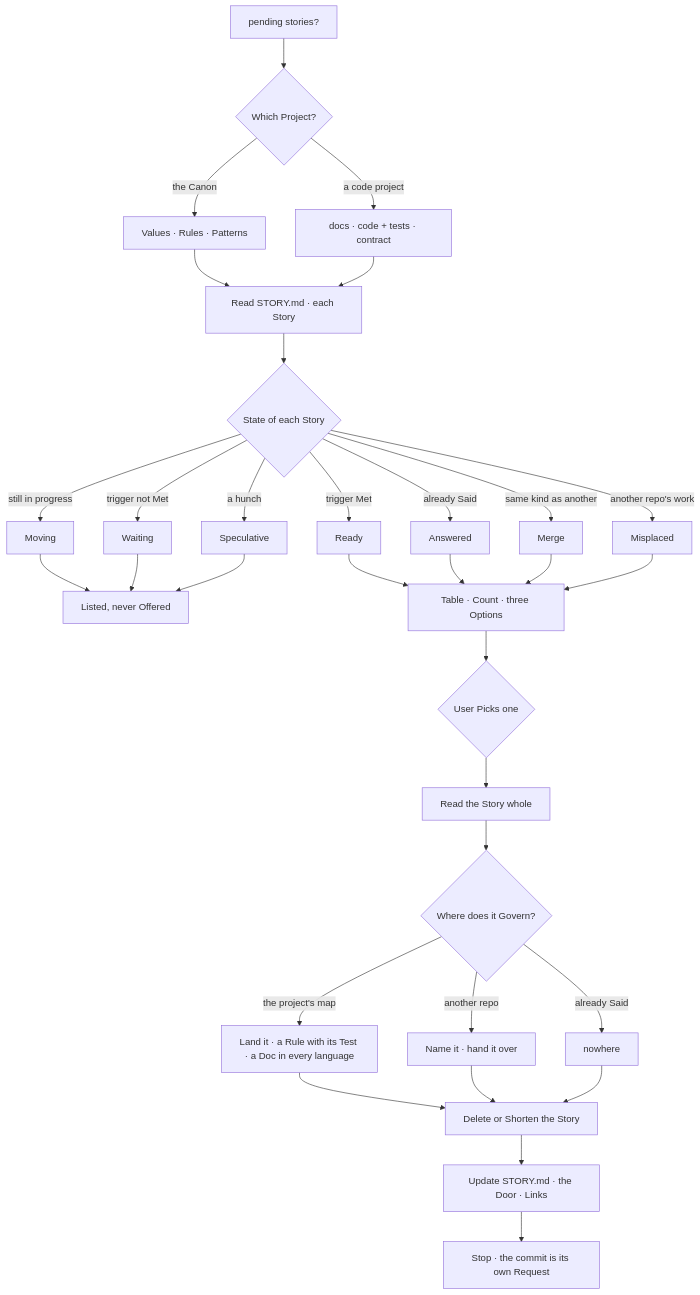
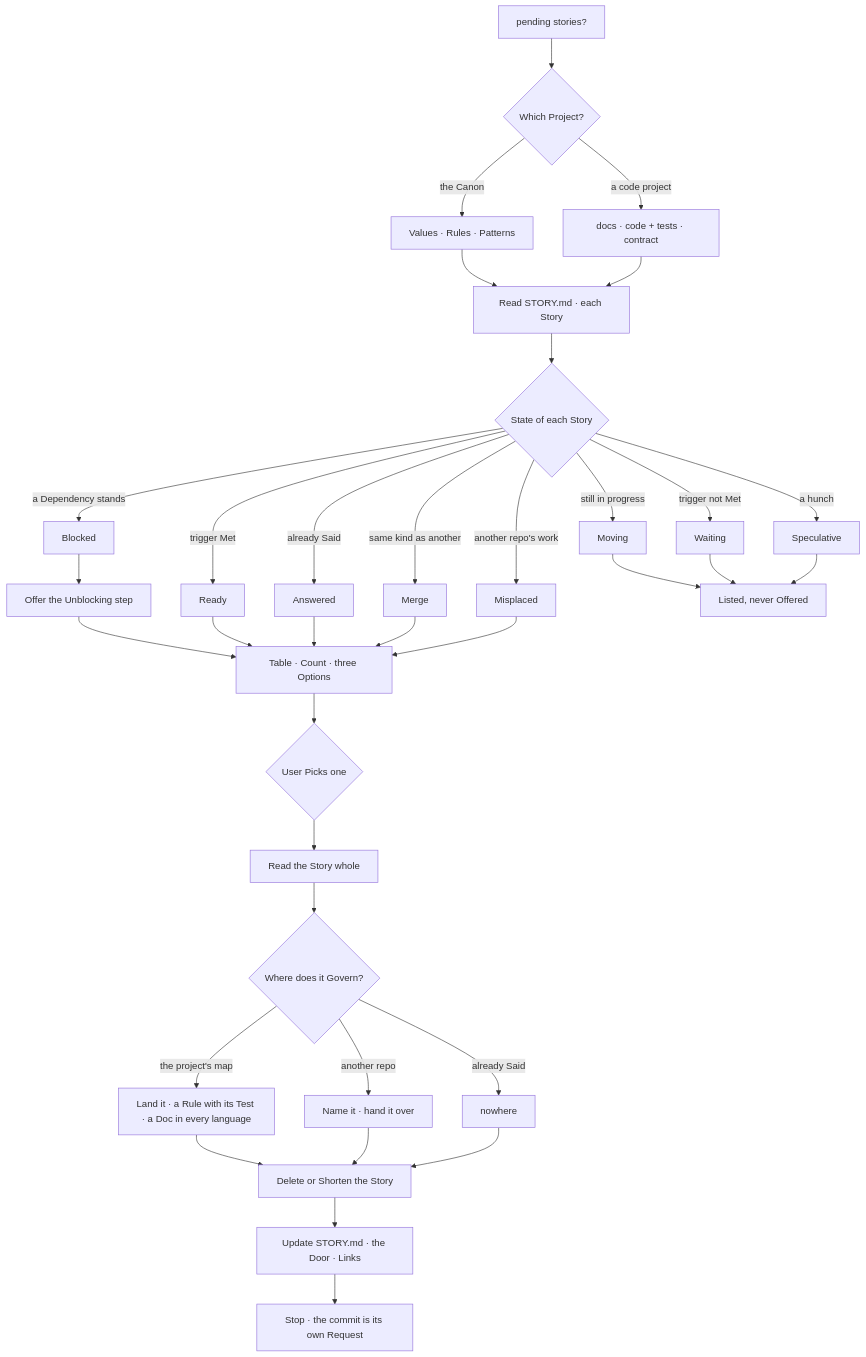
The diagram in .agents/skills/one-two-stories/distillation-flow.md (cangrejometralleta/OneTwoThree), drawn with Mermaid before and after one commit. The commit also changed other lines of this file and 2 other files, not shown here.

Commit message:
Add the Blocked state to one-two-stories

````diff
--- a/.agents/skills/one-two-stories/distillation-flow.md
+++ b/.agents/skills/one-two-stories/distillation-flow.md
@@ -8,41 +8,44 @@
 ```mermaid
 flowchart TD
     ASK["pending stories?"] --> KIND{"Which Project?"}
     KIND -- "the Canon" --> CANONMAP["Values · Rules · Patterns"]
     KIND -- "a code project" --> CODEMAP["docs · code + tests · contract"]
     CANONMAP --> SURVEY["Read STORY.md · each Story"]
     CODEMAP --> SURVEY
     SURVEY --> STATE{"State of each Story"}
 
     STATE -- "trigger Met" --> READY["Ready"]
     STATE -- "already Said" --> ANSWERED["Answered"]
     STATE -- "same kind as another" --> MERGE["Merge"]
     STATE -- "another repo's work" --> MISPLACED["Misplaced"]
     STATE -- "still in progress" --> MOVING["Moving"]
+    STATE -- "a Dependency stands" --> BLOCKED["Blocked"]
     STATE -- "trigger not Met" --> WAIT["Waiting"]
     STATE -- "a hunch" --> SPEC["Speculative"]
 
+    BLOCKED --> UNBLOCK["Offer the Unblocking step"]
+    UNBLOCK --> OFFER
     MOVING --> LISTED["Listed, never Offered"]
     WAIT --> LISTED
     SPEC --> LISTED
 
     READY --> OFFER["Table · Count · three Options"]
     ANSWERED --> OFFER
     MERGE --> OFFER
     MISPLACED --> OFFER
 
     OFFER --> PICK{"User Picks one"}
     PICK --> READ["Read the Story whole"]
     READ --> WHERE{"Where does it Govern?"}
 
     WHERE -- "the project's map" --> LAND["Land it · a Rule with its Test · a Doc in every language"]
     WHERE -- "another repo" --> HANDOFF["Name it · hand it over"]
     WHERE -- "already Said" --> NOWHERE["nowhere"]
 
     LAND --> DRAIN["Delete or Shorten the Story"]
     HANDOFF --> DRAIN
     NOWHERE --> DRAIN
 
     DRAIN --> INDEX["Update STORY.md · the Door · Links"]
     INDEX --> STOP["Stop · the commit is its own Request"]
 ```
````
